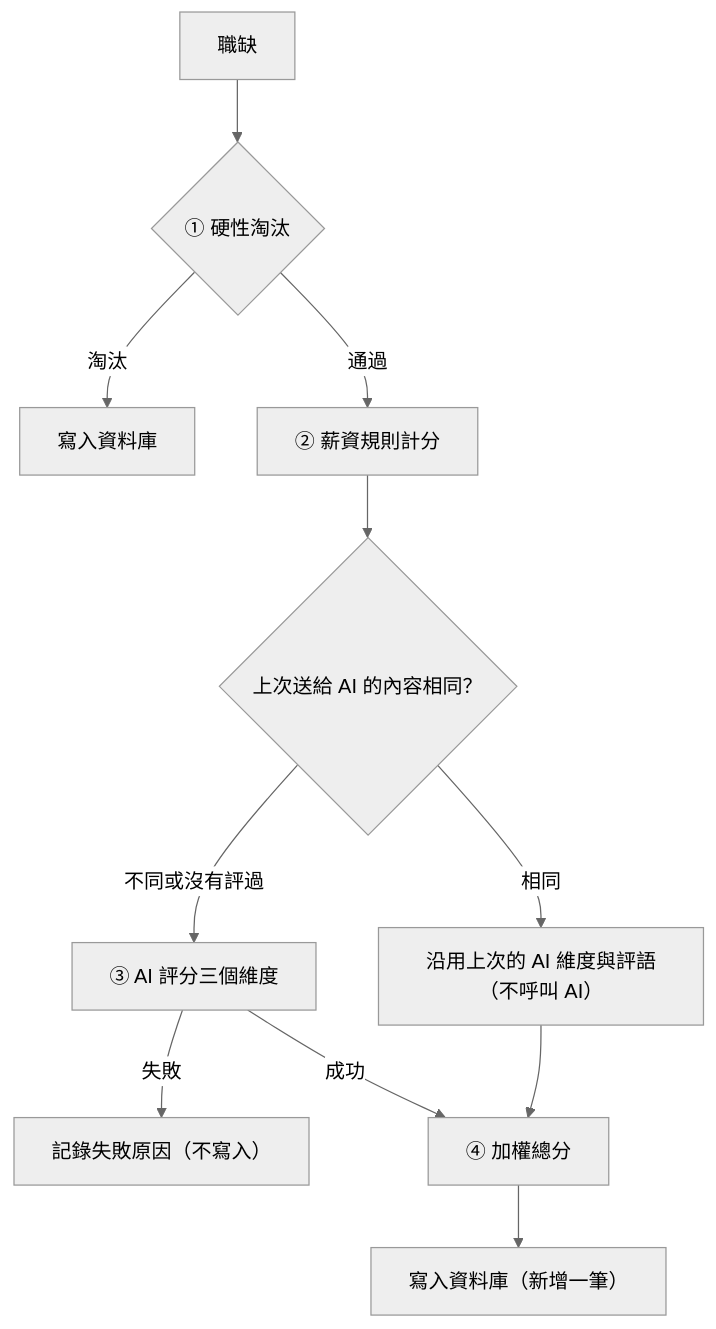
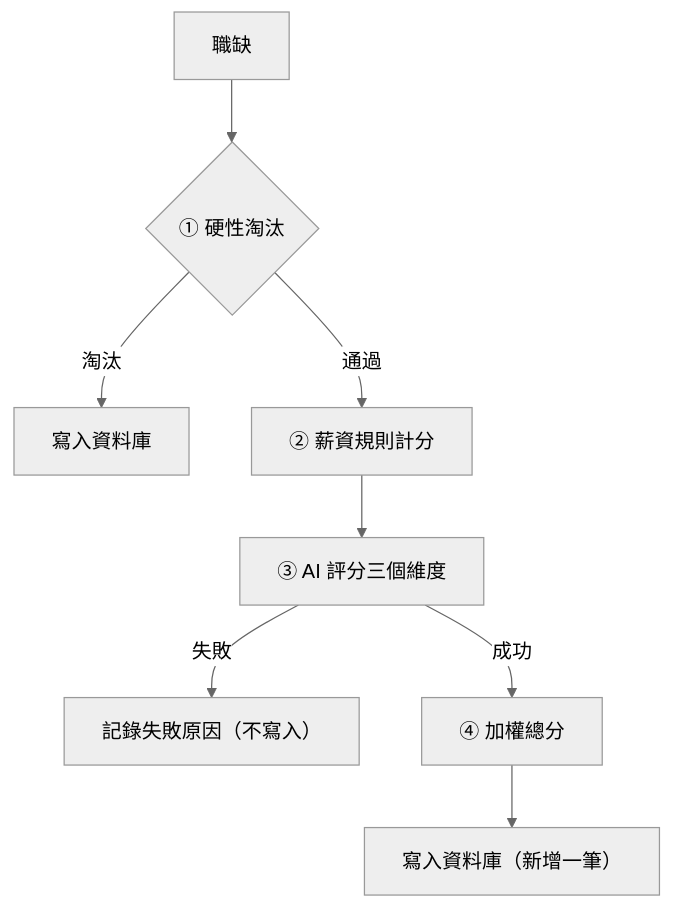
The third of 3 diagrams in docs/product/features/job-auto-scoring.md (dlhdb/job-matching), drawn with Mermaid (neutral theme) before and after one commit. The commit also changed other lines of this file and 8 other files, not shown here.

````diff
--- a/docs/product/features/job-auto-scoring.md
+++ b/docs/product/features/job-auto-scoring.md
@@ -656,13 +643,10 @@
 ```mermaid
 flowchart TD
     J[職缺] --> F{① 硬性淘汰}
     F -->|淘汰| W1["寫入資料庫"]
     F -->|通過| S["② 薪資規則計分"]
-    S --> C{"上次送給 AI 的內容相同？"}
-    C -->|相同| R["沿用上次的 AI 維度與評語（不呼叫 AI）"]
-    C -->|不同或沒有評過| A["③ AI 評分三個維度"]
+    S --> A["③ AI 評分三個維度"]
     A -->|失敗| E["記錄失敗原因（不寫入）"]
-    R --> T["④ 加權總分"]
-    A -->|成功| T
+    A -->|成功| T["④ 加權總分"]
     T --> W2["寫入資料庫（新增一筆）"]
 ```
````
